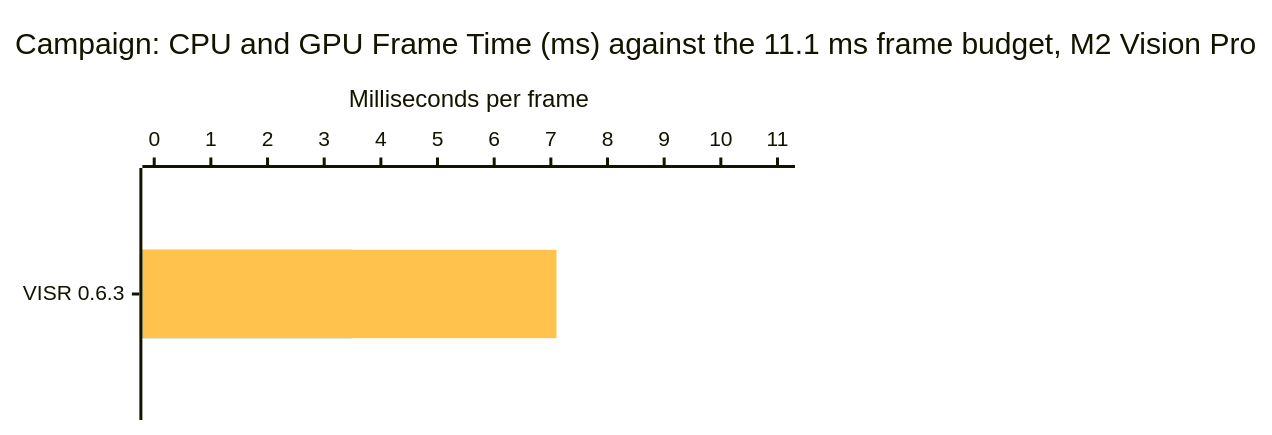
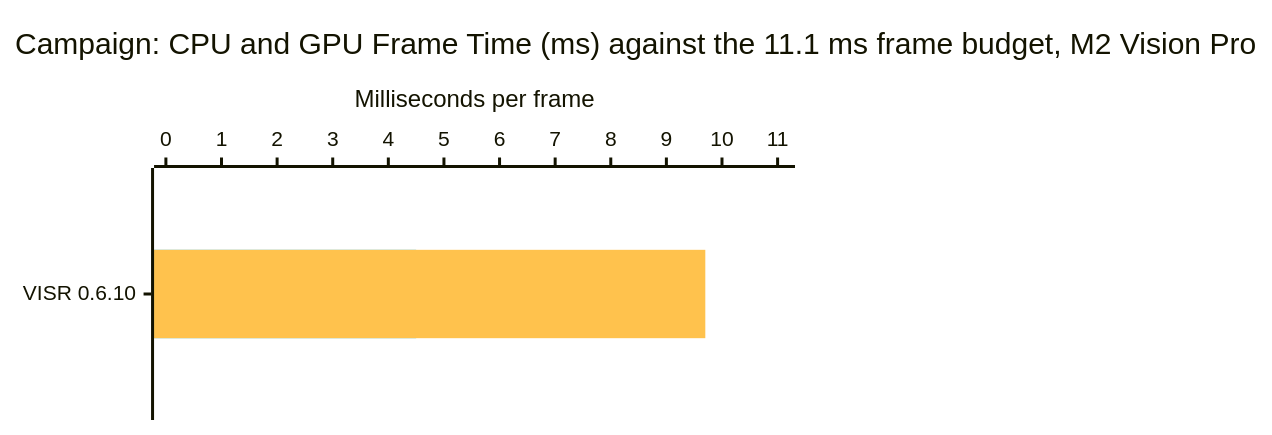
The seventh of 8 diagrams in docs/benchmarks.md (VISR-CE/visr), drawn with Mermaid before and after one commit. The commit also changed other lines of this file and 3 other files, not shown here.

````diff
--- a/docs/benchmarks.md
+++ b/docs/benchmarks.md
@@ -198,17 +198,17 @@
 ```mermaid
 ---
 config:
   xyChart:
     width: 520
     height: 270
   themeVariables:
     xyChart:
       plotColorPalette: "#1fa9d4, #ffc24d"
 ---
 xychart-beta horizontal
     title "Campaign: CPU and GPU Frame Time (ms) against the 11.1 ms frame budget, M2 Vision Pro"
-    x-axis "" ["VISR 0.6.3"]
+    x-axis "" ["VISR 0.6.10"]
     y-axis "Milliseconds per frame" 0 --> 11.1
-    bar [3.5]
-    bar [7.1]
+    bar [4.5]
+    bar [9.7]
 ```
````
